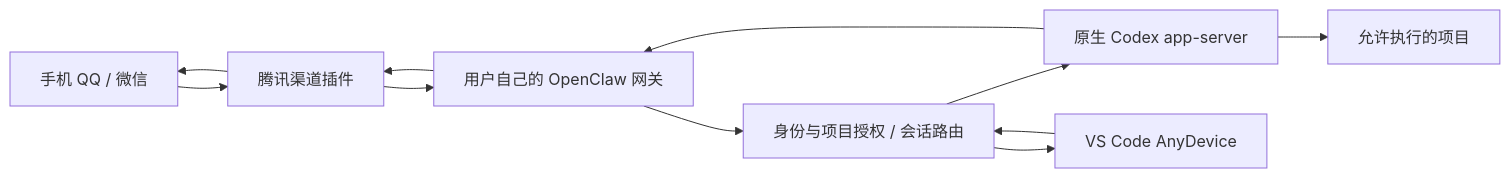
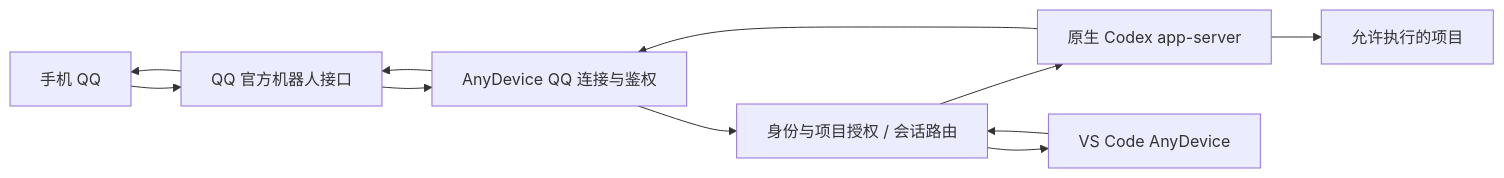
One commit to Young581/codex-anydevice changed the diagram in docs/architecture.md. Above: the diagram before and after it, drawn with Mermaid. The commit also changed other lines of this file and 30 other files, not shown here.

Commit message:
refactor: prepare personal QQ direct access without OpenClaw

````diff
--- a/docs/architecture.md
+++ b/docs/architecture.md
@@ -5,13 +5,13 @@
 ```mermaid
 flowchart LR
-  Phone[手机 QQ / 微信] --> Channel[腾讯渠道插件]
-  Channel --> Gateway[用户自己的 OpenClaw 网关]
-  Gateway --> Policy[身份与项目授权 / 会话路由]
+  Phone[手机 QQ] --> Channel[QQ 官方机器人接口]
+  Channel --> Adapter[AnyDevice QQ 连接与鉴权]
+  Adapter --> Policy[身份与项目授权 / 会话路由]
   Policy --> Codex[原生 Codex app-server]
   Codex --> Project[允许执行的项目]
-  Codex --> Gateway
-  Gateway --> Channel
+  Codex --> Adapter
+  Adapter --> Channel
   Channel --> Phone
   VSCode[VS Code AnyDevice] --> Policy
   Policy --> VSCode
 ```
````
